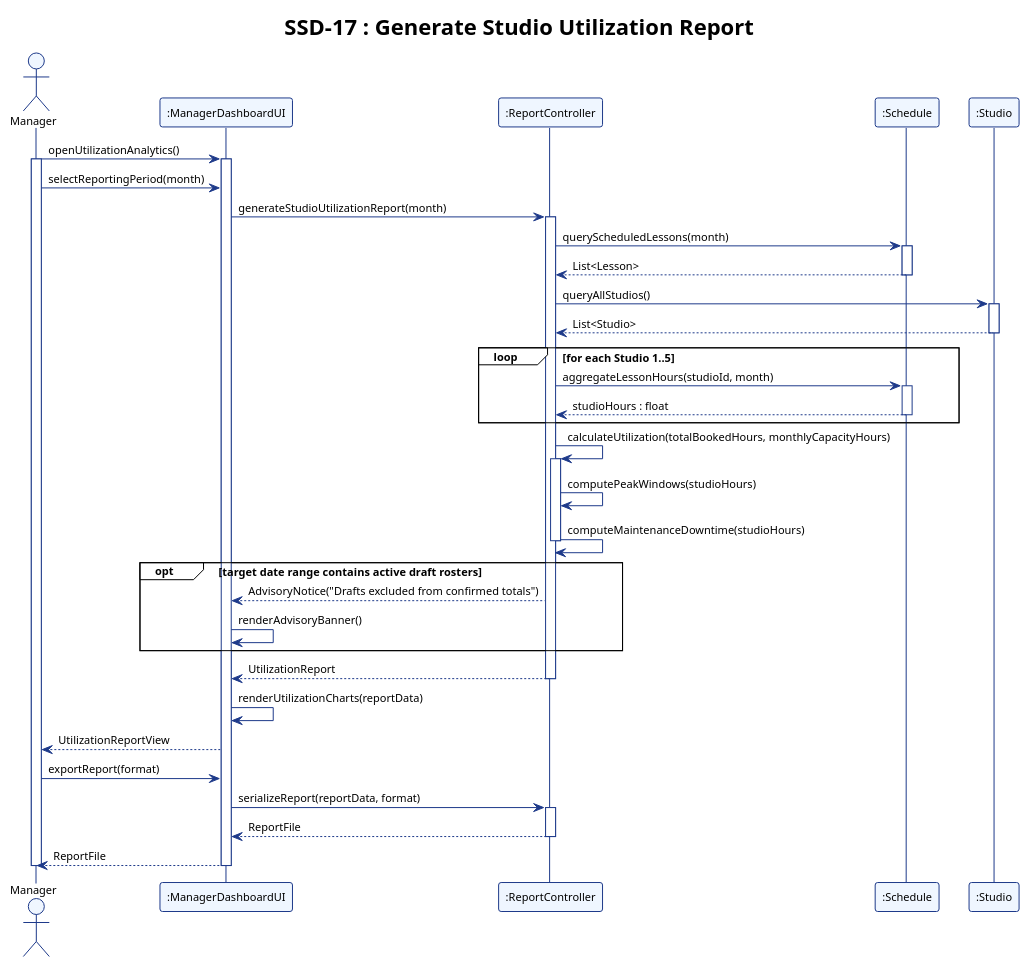
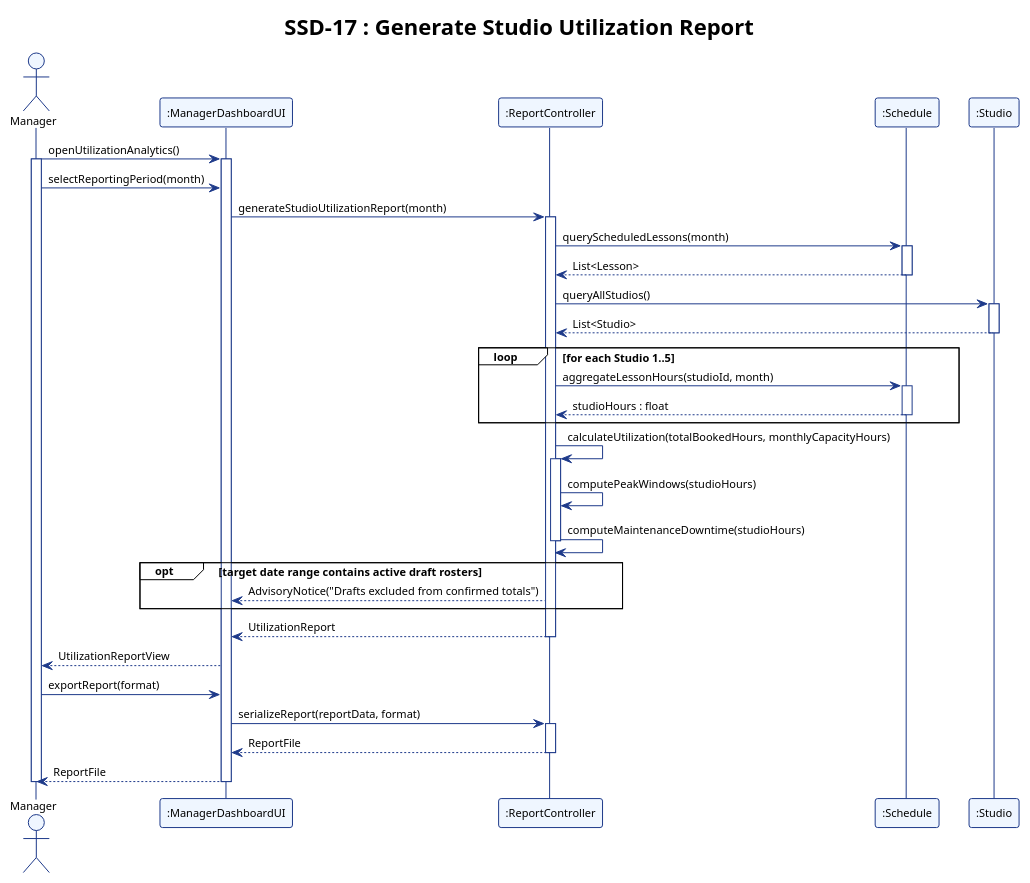
Before and after one commit to adoreblvnk/2001temp: the diagram in report/assets/ssd_17.puml, drawn with PlantUML. The commit also changed 27 other files, not shown here.

First line of the commit message:
fix(report): streamline sequence diagrams, remove LaTeX, and reformat appendix

```diff
--- a/report/assets/ssd_17.puml
+++ b/report/assets/ssd_17.puml
@@ -1,75 +1,73 @@
 @startuml ssd_17
 !theme plain
 skinparam shadowing false
 skinparam defaultFontName "Helvetica", "Arial", sans-serif
 skinparam defaultFontSize 11
 skinparam sequence {
     ParticipantBorderColor #1E3A8A
     ParticipantBackgroundColor #EFF6FF
     LifeLineBorderColor #1E3A8A
     LifeLineBackgroundColor #FFFFFF
     ArrowColor #1E3A8A
     ActorBorderColor #1E3A8A
     ActorBackgroundColor #EFF6FF
 }
 
 title SSD-17 : Generate Studio Utilization Report
 
 actor "Manager" as Manager
 participant ":ManagerDashboardUI" as UI
 participant ":ReportController" as ReportController
 participant ":Schedule" as Schedule
 participant ":Studio" as Studio
 
 Manager -> UI : openUtilizationAnalytics()
 activate Manager
 activate UI
 
 Manager -> UI : selectReportingPeriod(month)
 UI -> ReportController : generateStudioUtilizationReport(month)
 activate ReportController
 
 ReportController -> Schedule : queryScheduledLessons(month)
 activate Schedule
 Schedule --> ReportController : List<Lesson>
 deactivate Schedule
 
 ReportController -> Studio : queryAllStudios()
 activate Studio
 Studio --> ReportController : List<Studio>
 deactivate Studio
 
 loop for each Studio 1..5
     ReportController -> Schedule : aggregateLessonHours(studioId, month)
     activate Schedule
     Schedule --> ReportController : studioHours : float
     deactivate Schedule
 end
 
 ReportController -> ReportController : calculateUtilization(totalBookedHours, monthlyCapacityHours)
 activate ReportController
 ReportController -> ReportController : computePeakWindows(studioHours)
 ReportController -> ReportController : computeMaintenanceDowntime(studioHours)
 deactivate ReportController
 
 opt target date range contains active draft rosters
     ReportController --> UI : AdvisoryNotice("Drafts excluded from confirmed totals")
-    UI -> UI : renderAdvisoryBanner()
 end
 
 ReportController --> UI : UtilizationReport
 deactivate ReportController
 
-UI -> UI : renderUtilizationCharts(reportData)
 UI --> Manager : UtilizationReportView
 
 Manager -> UI : exportReport(format)
 UI -> ReportController : serializeReport(reportData, format)
 activate ReportController
 ReportController --> UI : ReportFile
 deactivate ReportController
 UI --> Manager : ReportFile
 deactivate UI
 deactivate Manager
 
 @enduml
```
